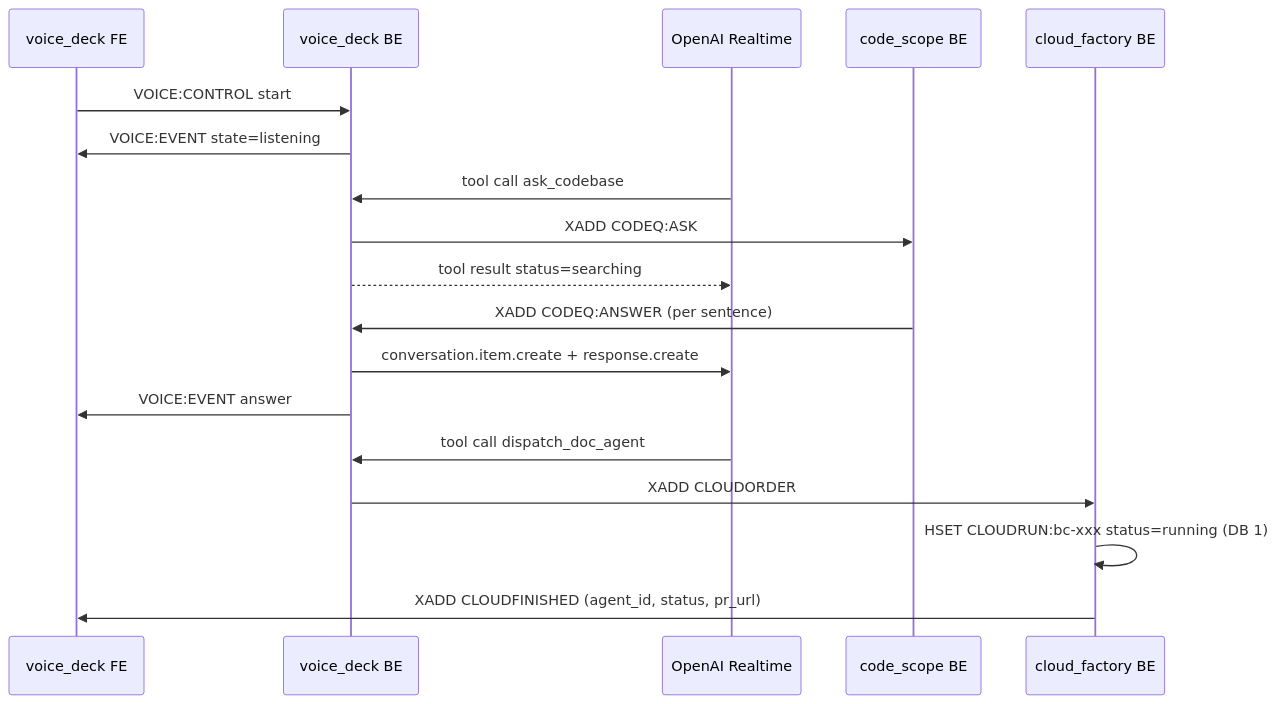
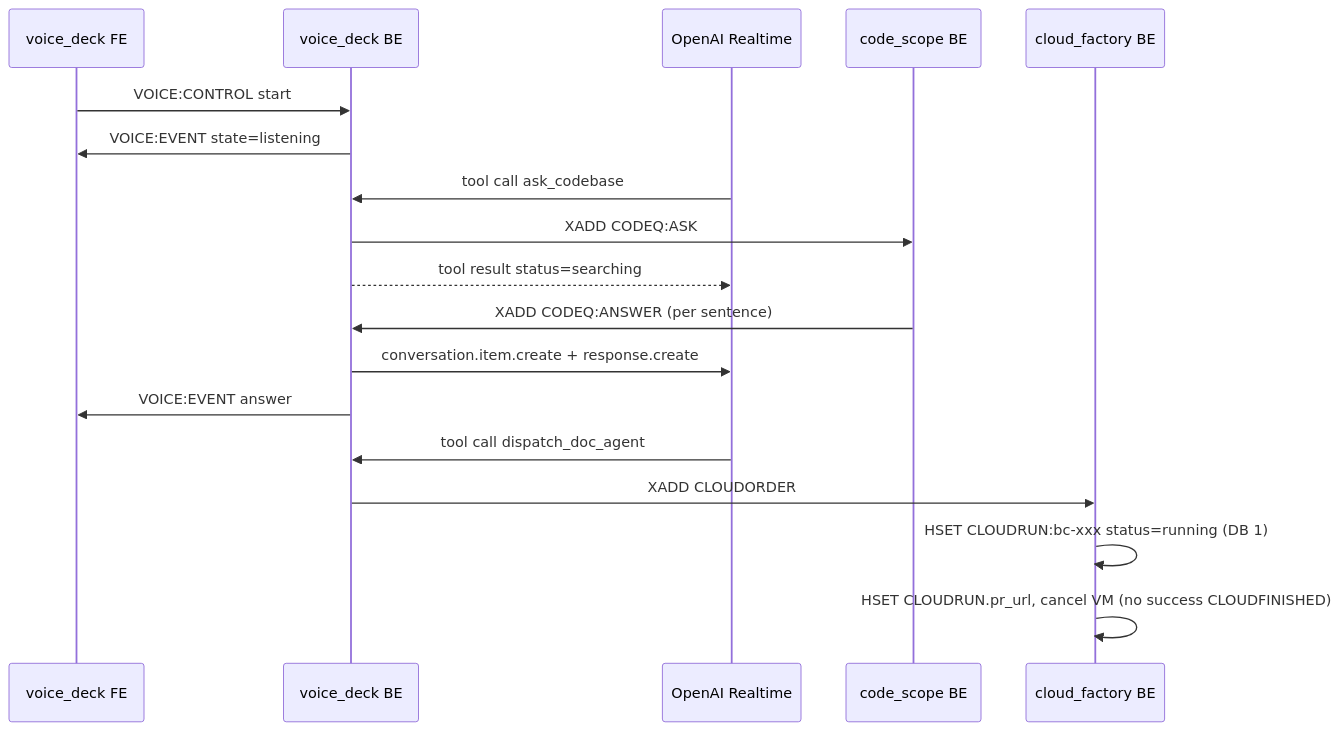
One commit to SamJBoyer/MegaDesk changed the diagram in MegaDesk-Contracts/redis/voice-chain.md. Above: the diagram before and after it, drawn with Mermaid. The commit also changed other lines of this file and 10 other files, not shown here.

````diff
--- a/MegaDesk-Contracts/redis/voice-chain.md
+++ b/MegaDesk-Contracts/redis/voice-chain.md
@@ -16,21 +16,21 @@
 ```mermaid
 sequenceDiagram
     participant VDFE as voice_deck FE
     participant VD as voice_deck BE
     participant RT as OpenAI Realtime
     participant CS as code_scope BE
     participant CD as cloud_factory BE
 
     VDFE->>VD: VOICE:CONTROL start
     VD->>VDFE: VOICE:EVENT state=listening
     RT->>VD: tool call ask_codebase
     VD->>CS: XADD CODEQ:ASK
     VD-->>RT: tool result status=searching
     CS->>VD: XADD CODEQ:ANSWER (per sentence)
     VD->>RT: conversation.item.create + response.create
     VD->>VDFE: VOICE:EVENT answer
     RT->>VD: tool call dispatch_doc_agent
     VD->>CD: XADD CLOUDORDER
     CD->>CD: HSET CLOUDRUN:bc-xxx status=running (DB 1)
-    CD->>VDFE: XADD CLOUDFINISHED (agent_id, status, pr_url)
+    CD->>CD: HSET CLOUDRUN.pr_url, cancel VM (no success CLOUDFINISHED)
 ```
````
